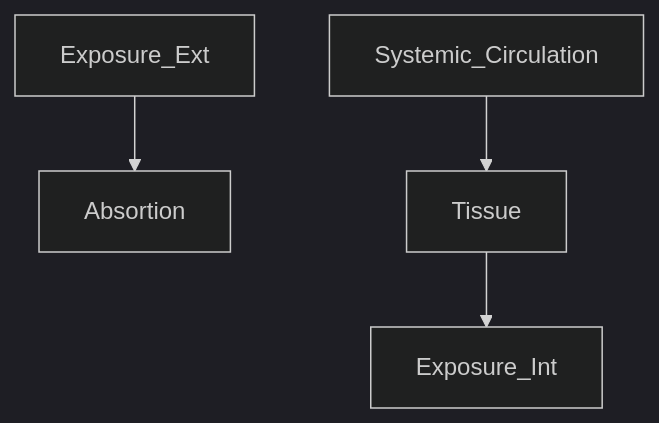
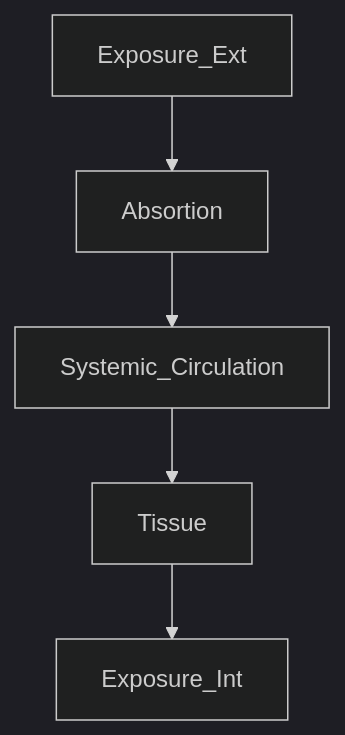
The diagram in ProbRA.md (ontox-hu/workflows), drawn with Mermaid (dark theme) before and after one commit.

````diff
--- a/ProbRA.md
+++ b/ProbRA.md
@@ -2,6 +2,7 @@
 ```mermaid
 flowchart TD
   Exposure_Ext-->Absortion
+  Absortion-->Systemic_Circulation
   Systemic_Circulation-->Tissue
   Tissue-->Exposure_Int
 ```
````
